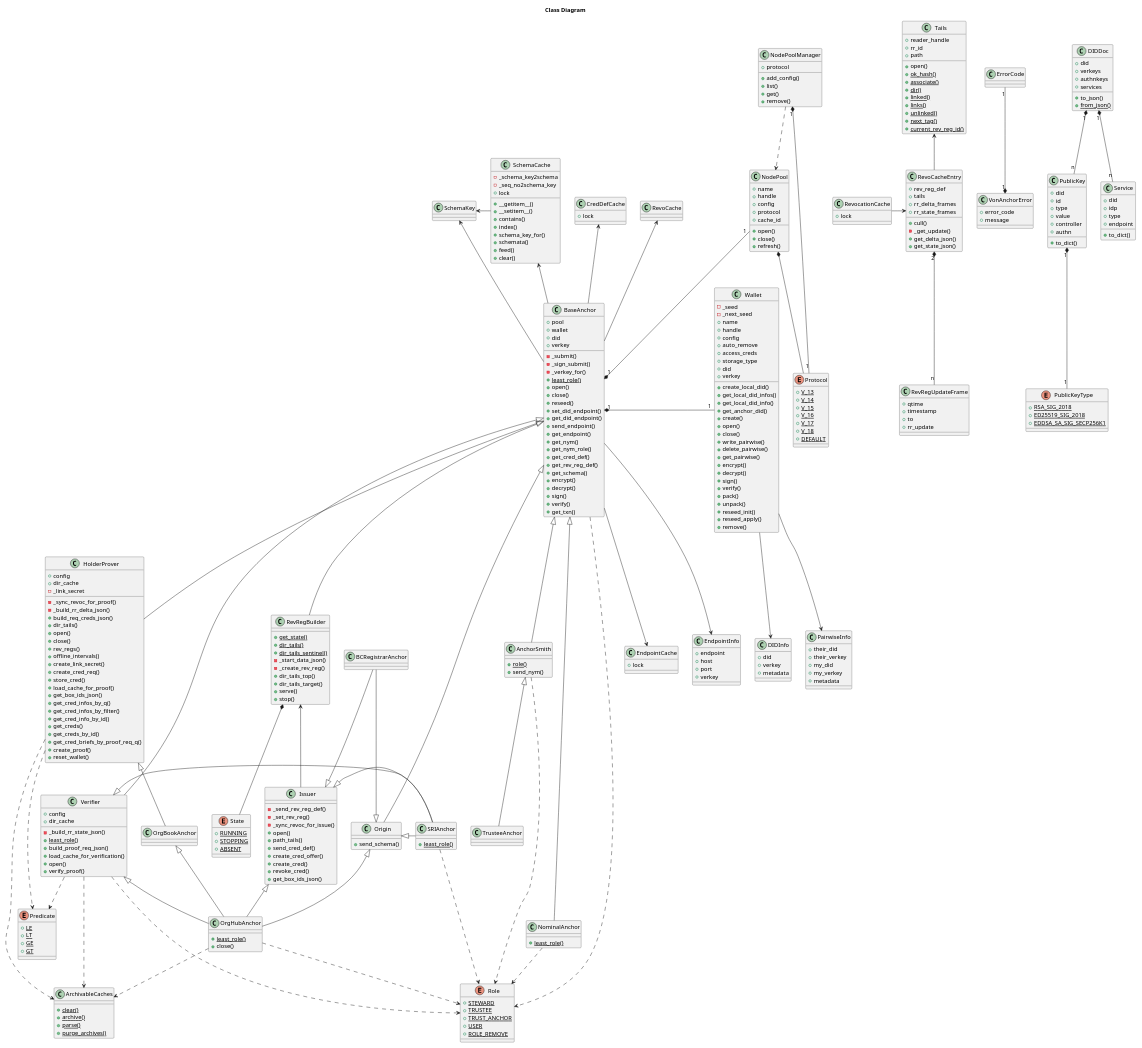
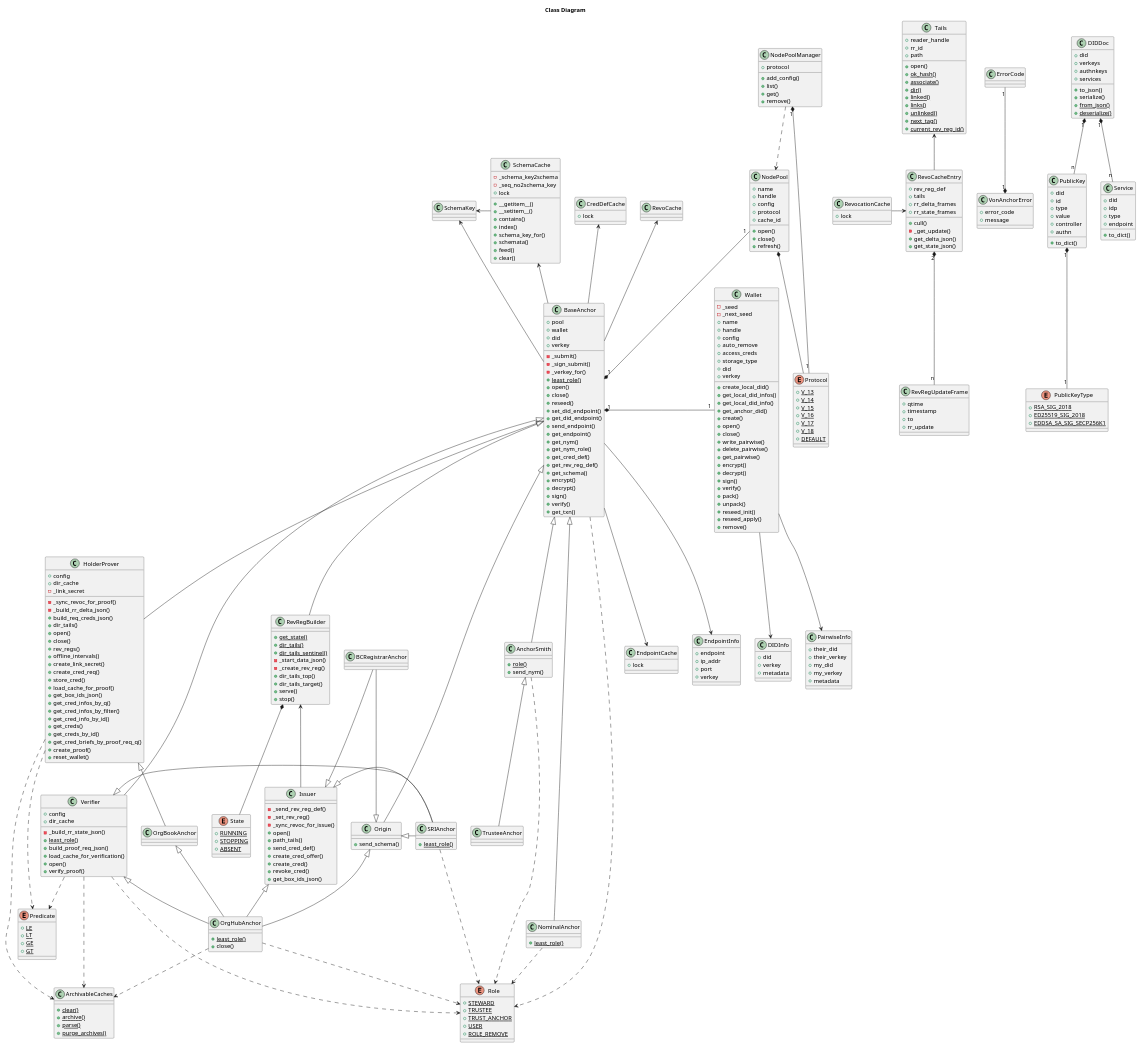
The diagram in docs/source/pic/src/class.puml (PSPC-SPAC-buyandsell/von_anchor), drawn with PlantUML before and after one commit. The commit also changed 8 other files, not shown here.

```diff
--- a/docs/source/pic/src/class.puml
+++ b/docs/source/pic/src/class.puml
@@ -144,7 +144,7 @@
 
 class EndpointInfo {
     +endpoint
-    +host
+    +ip_addr
     +port
     +verkey
 }
@@ -351,7 +351,9 @@
     +authnkeys
     +services
     +to_json()
+    +serialize()
     {static} +from_json()
+    {static} +deserialize()
 }
 
 VonAnchorError "1" *-up- "1" ErrorCode
```
